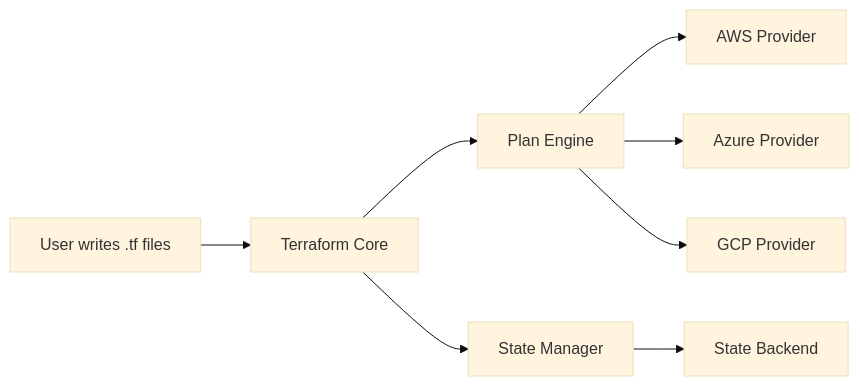
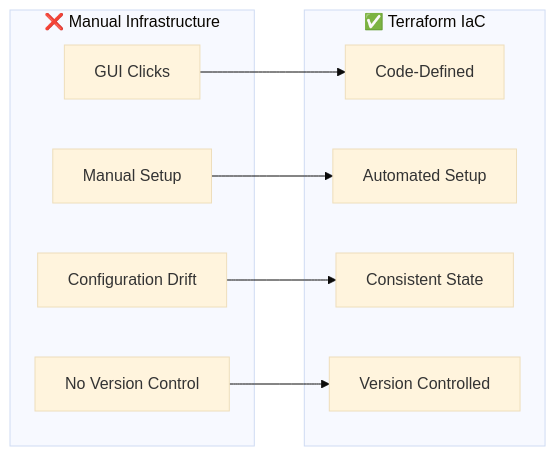
Before and after one commit to manikcloud/cloud-devops-learning-path: the first of 3 diagrams in Section-2-DevOps/Session-8_terraform_and_infra_automation/README.md, drawn with Mermaid (base theme). The commit also changed other lines of this file and 7 other files, not shown here.

````diff
--- a/Section-2-DevOps/Session-8_terraform_and_infra_automation/README.md
+++ b/Section-2-DevOps/Session-8_terraform_and_infra_automation/README.md
@@ -50,10 +56,21 @@
 ```mermaid
 graph LR
-    A[User writes .tf files] --> B[Terraform Core]
-    B --> C[Plan Engine]
-    B --> D[State Manager]
-    C --> E[AWS Provider]
-    C --> F[Azure Provider]
-    C --> G[GCP Provider]
-    D --> H[State Backend]
+    subgraph "❌ Manual Infrastructure"
+        A1[GUI Clicks]
+        A2[Manual Setup]
+        A3[Configuration Drift]
+        A4[No Version Control]
+    end
+    
+    subgraph "✅ Terraform IaC"
+        B1[Code-Defined]
+        B2[Automated Setup]
+        B3[Consistent State]
+        B4[Version Controlled]
+    end
+    
+    A1 --> B1
+    A2 --> B2
+    A3 --> B3
+    A4 --> B4
 ```
````
